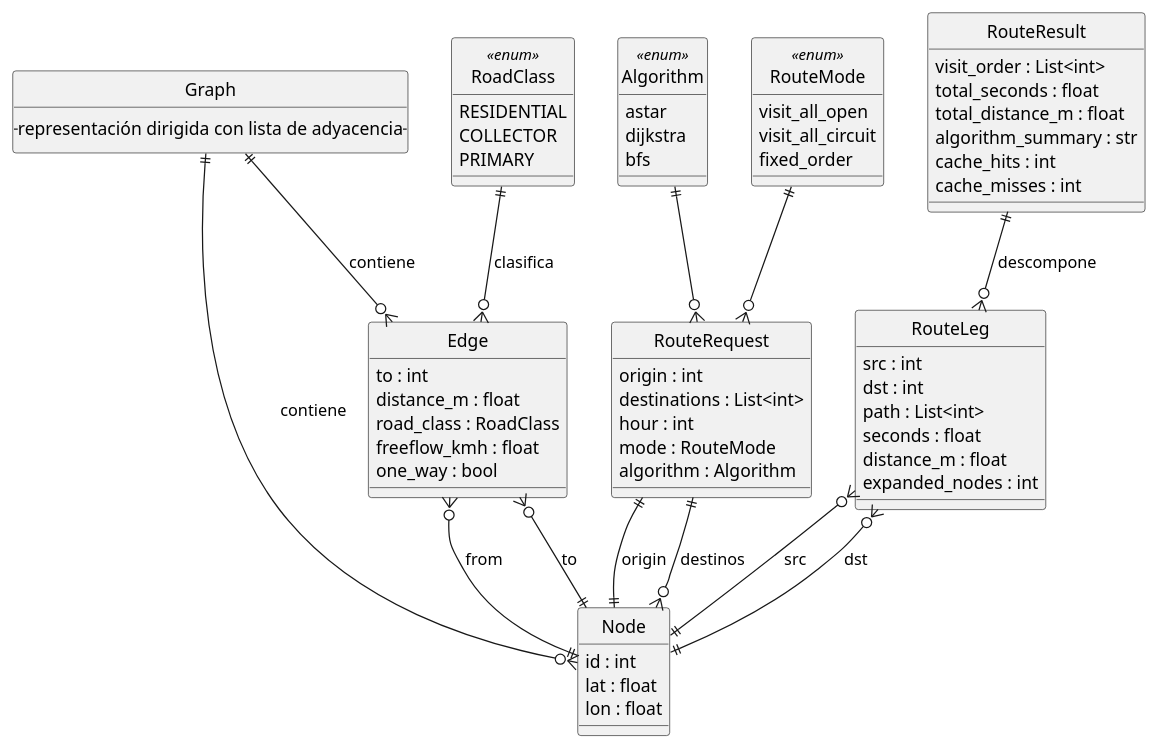
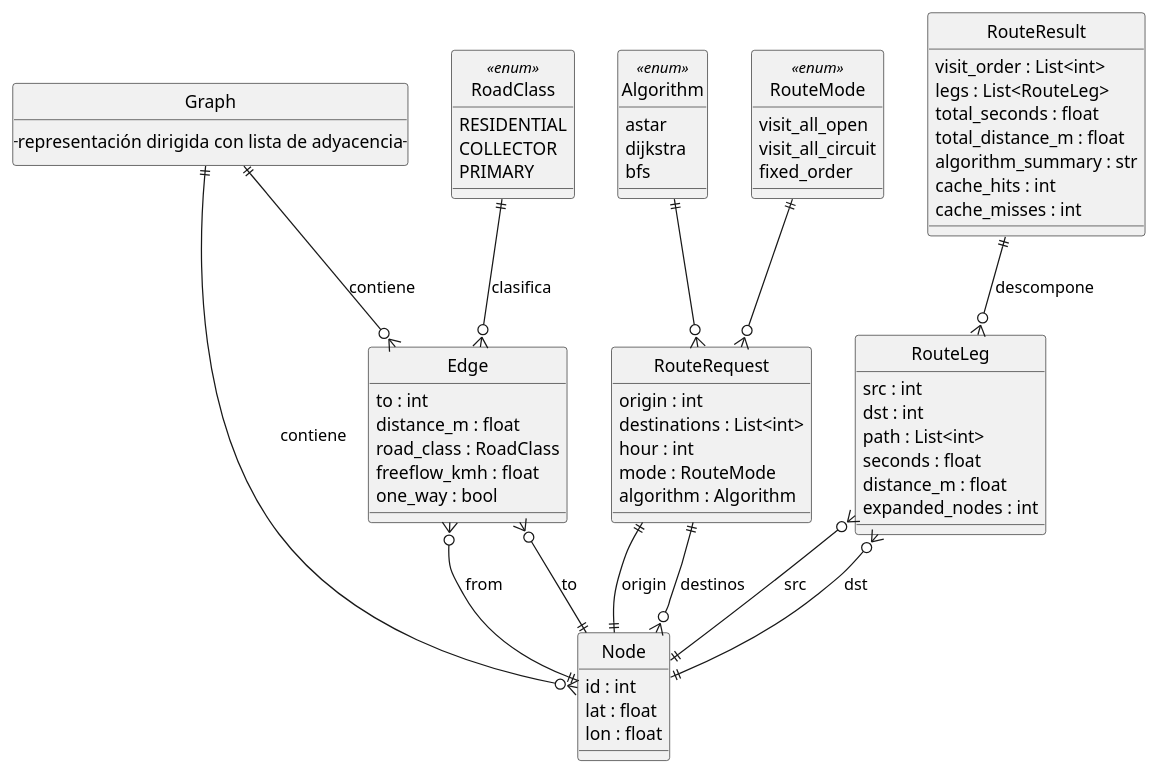
One commit to JesusOliveto/FinalPEF changed the diagram in DER.puml. Above: the diagram before and after it, drawn with PlantUML. The commit also changed 3 other files, not shown here.

Commit message:
Actualizar nombres y participantes en diagramas; agregar atributo 'legs' a RouteResult; mejorar la UI de streamlit_app.py para reflejar cambios en el contexto de "Jesús María: Rutas Inteligentes".

```diff
--- a/DER.puml
+++ b/DER.puml
@@ -1,89 +1,90 @@
 @startuml
 skinparam style strictuml
 hide circle
 skinparam classAttributeIconSize 0
 
 ' ==== Entidades principales (como clases) ====
 entity Graph {
   -- representación dirigida con lista de adyacencia --
 }
 
 entity Node {
   id : int
   lat : float
   lon : float
 }
 
 entity Edge {
   to : int
   distance_m : float
   road_class : RoadClass
   freeflow_kmh : float
   one_way : bool
 }
 
 entity RouteRequest {
   origin : int
   destinations : List<int>
   hour : int
   mode : RouteMode
   algorithm : Algorithm
 }
 
 entity RouteLeg {
   src : int
   dst : int
   path : List<int>
   seconds : float
   distance_m : float
   expanded_nodes : int
 }
 
 entity RouteResult {
   visit_order : List<int>
+  legs : List<RouteLeg>
   total_seconds : float
   total_distance_m : float
   algorithm_summary : str
   cache_hits : int
   cache_misses : int
 }
 
 ' ==== Lookups (enums del dominio) ====
 entity RoadClass <<enum>> {
   RESIDENTIAL
   COLLECTOR
   PRIMARY
 }
 
 entity Algorithm <<enum>> {
   astar
   dijkstra
   bfs
 }
 
 entity RouteMode <<enum>> {
   visit_all_open
   visit_all_circuit
   fixed_order
 }
 
 ' ==== Relaciones (cardinalidades) ====
 Graph ||--o{ Node : contiene
 Graph ||--o{ Edge : contiene
 
 Edge }o--|| Node : from
 Edge }o--|| Node : to
 
 RoadClass ||--o{ Edge : clasifica
 
 RouteResult ||--o{ RouteLeg : descompone
 
 RouteLeg }o--|| Node : src
 RouteLeg }o--|| Node : dst
 
 RouteRequest ||--|| Node : origin
 RouteRequest ||--o{ Node : destinos
 
 Algorithm ||--o{ RouteRequest
 RouteMode ||--o{ RouteRequest
 @enduml
```
